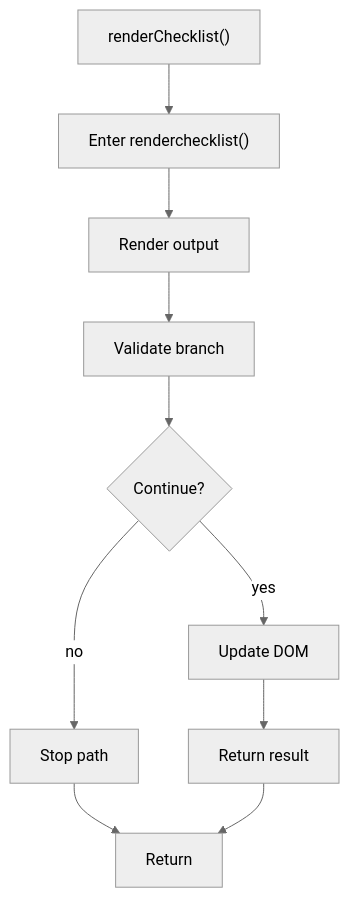
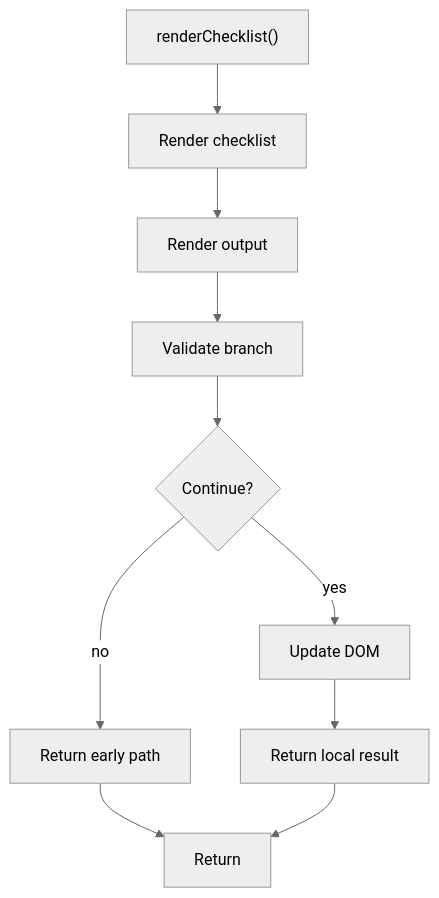
The fifth of 6 diagrams in docs/Codebase/Frontend/scripts/fix-suggestions.js.md (JohnAndrewBalbarosa/NeoTerritory), drawn with Mermaid (neutral theme) before and after one commit. The commit also changed other lines of this file and 925 other files, not shown here.

````diff
--- a/docs/Codebase/Frontend/scripts/fix-suggestions.js.md
+++ b/docs/Codebase/Frontend/scripts/fix-suggestions.js.md
@@ -152,21 +151,21 @@
 ```mermaid
 flowchart TD
     Start["renderChecklist()"]
-    N0["Enter renderchecklist()"]
+    N0["Render checklist"]
     N1["Render output"]
     N2["Validate branch"]
     D2{"Continue?"}
-    R2["Stop path"]
+    R2["Return early path"]
     N3["Update DOM"]
-    N4["Return result"]
+    N4["Return local result"]
     End["Return"]
     Start --> N0
     N0 --> N1
     N1 --> N2
     N2 --> D2
     D2 -->|yes| N3
     D2 -->|no| R2
     R2 --> End
     N3 --> N4
     N4 --> End
 ```
````
